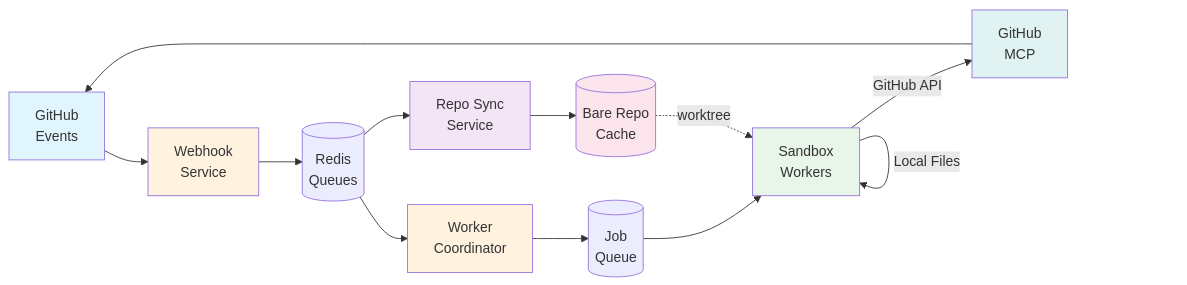
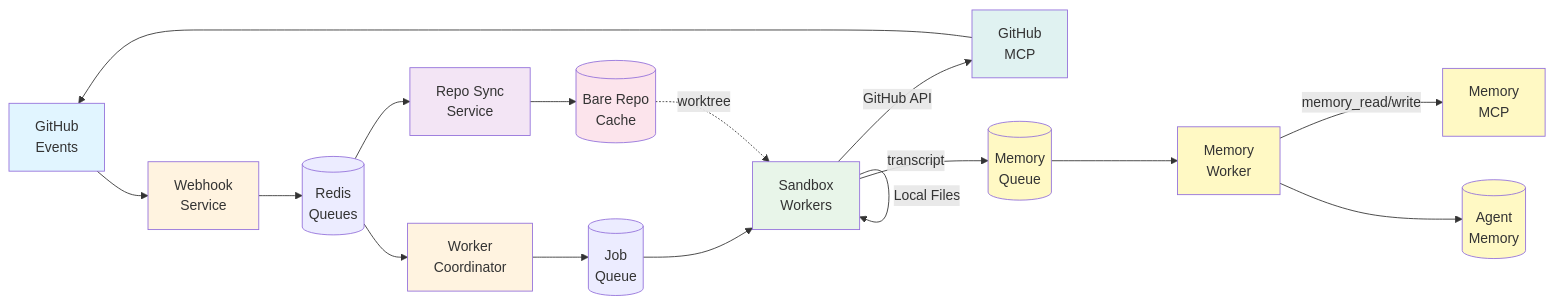
Before and after one commit to GabsFranke/claude-code-github-agent: the diagram in docs/ARCHITECTURE.md, drawn with Mermaid. The commit also changed other lines of this file and 4 other files, not shown here.

First line of the commit message:
docs: update documentation to include memory worker system

````diff
--- a/docs/ARCHITECTURE.md
+++ b/docs/ARCHITECTURE.md
@@ -7,28 +7,37 @@
 ```mermaid
 flowchart LR
     GH[GitHub<br/>Events] --> WH[Webhook<br/>Service]
 
     WH --> RQ[(Redis<br/>Queues)]
 
     RQ --> W[Worker<br/>Coordinator]
     RQ --> RS[Repo Sync<br/>Service]
 
     W --> JQ[(Job<br/>Queue)]
     RS --> CACHE[(Bare Repo<br/>Cache)]
 
     JQ --> SW[Sandbox<br/>Workers]
     CACHE -.->|worktree| SW
 
     SW --> |Local Files| SW
     SW --> |GitHub API| MCP[GitHub<br/>MCP]
+    SW --> |transcript| MEMQ[(Memory<br/>Queue)]
+
+    MEMQ --> MW[Memory<br/>Worker]
+    MW --> |memory_read/write| MEM_MCP[Memory<br/>MCP]
+    MW --> MEM_VOL[(Agent<br/>Memory)]
 
     MCP --> GH
 
     style GH fill:#e1f5ff
     style WH fill:#fff3e0
     style W fill:#fff3e0
     style RS fill:#f3e5f5
     style SW fill:#e8f5e9
     style CACHE fill:#fce4ec
     style MCP fill:#e0f2f1
+    style MW fill:#fff9c4
+    style MEM_MCP fill:#fff9c4
+    style MEM_VOL fill:#fff9c4
+    style MEMQ fill:#fff9c4
 ```
````
